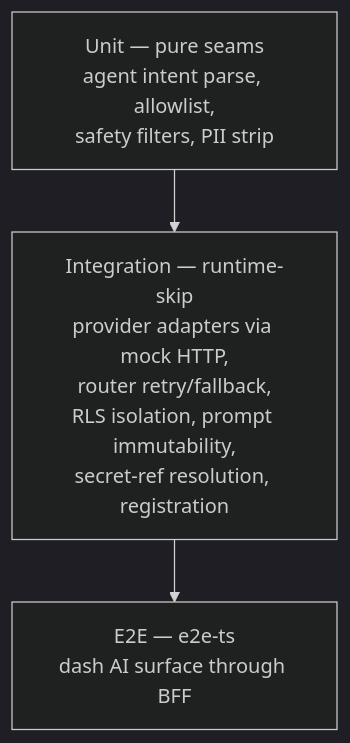
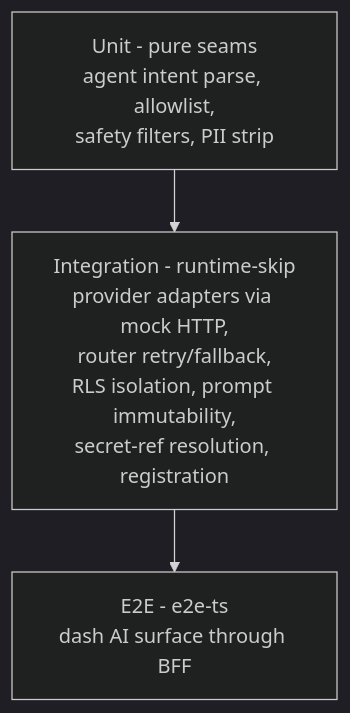
One commit to Sentin8/sentin8-site changed the ninth of 9 diagrams in docs/services/ai/design.md. Above: the diagram before and after it, drawn with Mermaid (dark theme). The commit also changed other lines of this file and 105 other files, not shown here.

````diff
--- a/docs/services/ai/design.md
+++ b/docs/services/ai/design.md
@@ -373,7 +373,7 @@
 ```mermaid
 graph TD
-    U[Unit — pure seams<br/>agent intent parse, allowlist,<br/>safety filters, PII strip]
-    I[Integration — runtime-skip<br/>provider adapters via mock HTTP,<br/>router retry/fallback,<br/>RLS isolation, prompt immutability,<br/>secret-ref resolution, registration]
-    E[E2E — e2e-ts<br/>dash AI surface through BFF]
+    U[Unit - pure seams<br/>agent intent parse, allowlist,<br/>safety filters, PII strip]
+    I[Integration - runtime-skip<br/>provider adapters via mock HTTP,<br/>router retry/fallback,<br/>RLS isolation, prompt immutability,<br/>secret-ref resolution, registration]
+    E[E2E - e2e-ts<br/>dash AI surface through BFF]
     U --> I --> E
 ```
````
